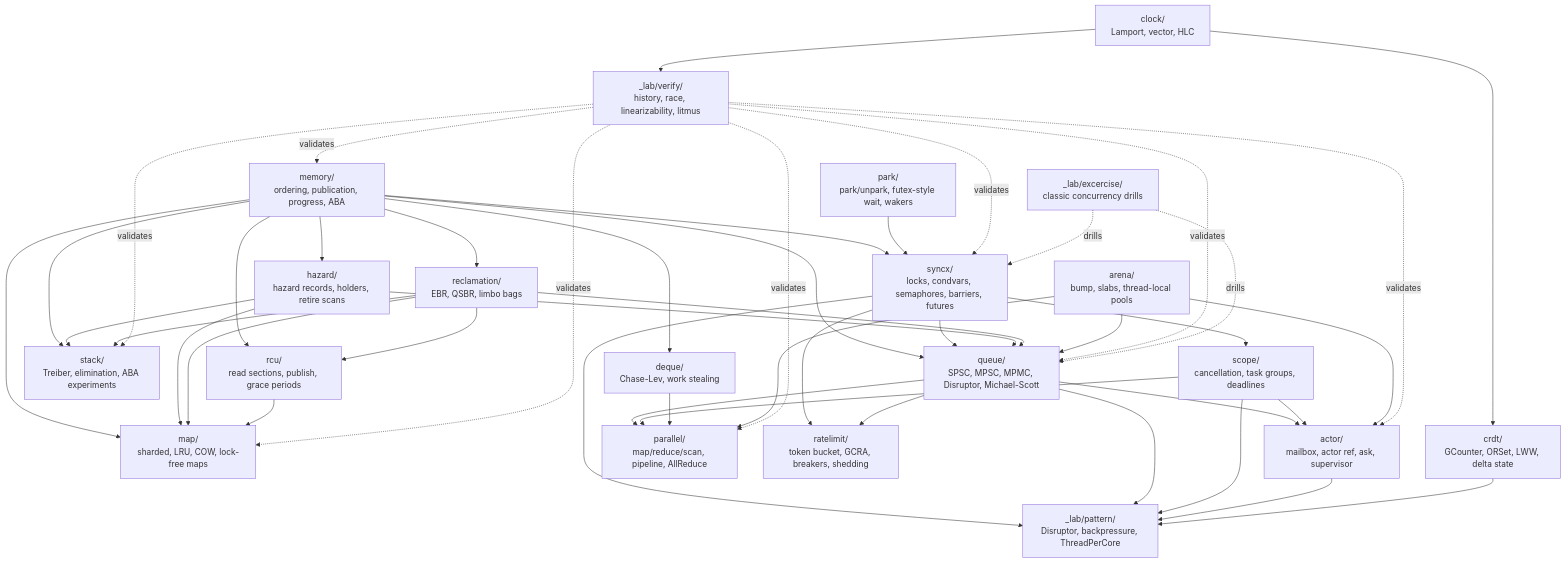
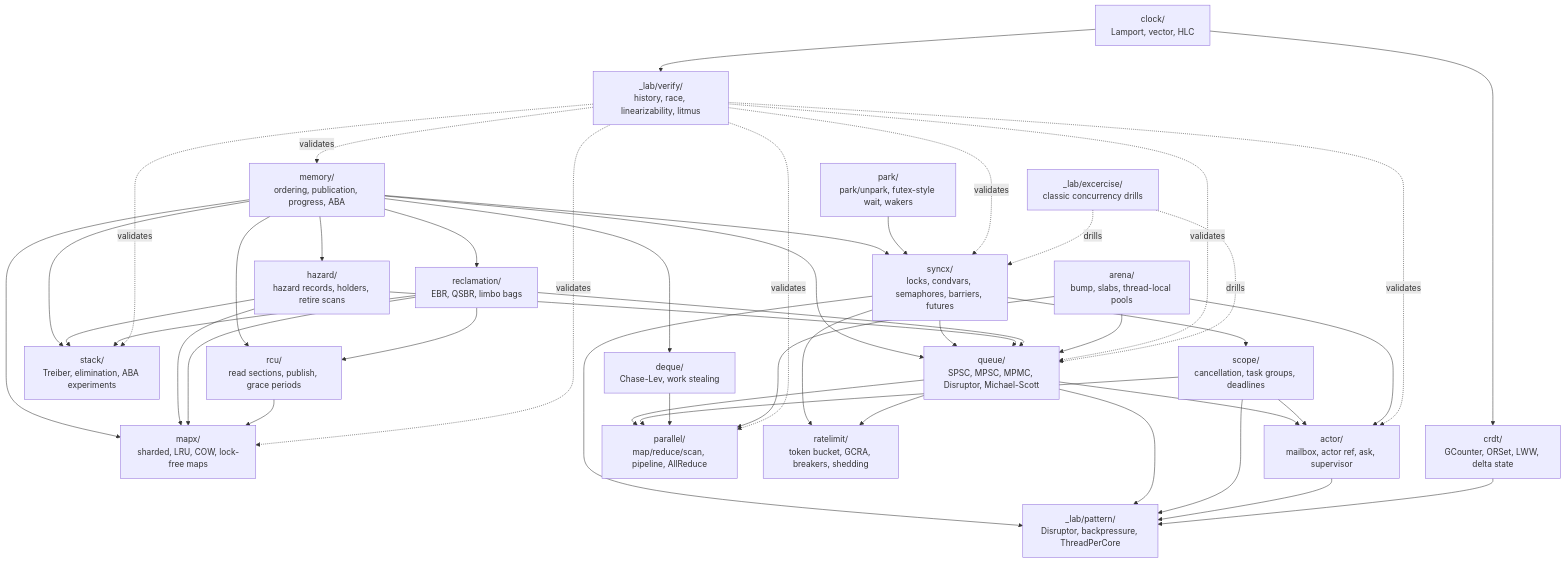
One commit to lochuhsin/gopher-forge changed the diagram in docs/purpose/ROADMAP.md. Above: the diagram before and after it, drawn with Mermaid. The commit also changed other lines of this file and 33 other files, not shown here.

````diff
--- a/docs/purpose/ROADMAP.md
+++ b/docs/purpose/ROADMAP.md
@@ -243,81 +243,81 @@
 ```mermaid
 flowchart TD
   memory["memory/\nordering, publication, progress, ABA"]
   syncx["syncx/\nlocks, condvars, semaphores, barriers, futures"]
   park["park/\npark/unpark, futex-style wait, wakers"]
 
   queue["queue/\nSPSC, MPSC, MPMC, Disruptor, Michael-Scott"]
   stack["stack/\nTreiber, elimination, ABA experiments"]
-  mapPkg["map/\nsharded, LRU, COW, lock-free maps"]
+  mapPkg["mapx/\nsharded, LRU, COW, lock-free maps"]
   deque["deque/\nChase-Lev, work stealing"]
 
   verify["_lab/verify/\nhistory, race, linearizability, litmus"]
   patterns["_lab/pattern/\nDisruptor, backpressure, ThreadPerCore"]
   scope["scope/\ncancellation, task groups, deadlines"]
   actor["actor/\nmailbox, actor ref, ask, supervisor"]
   parallel["parallel/\nmap/reduce/scan, pipeline, AllReduce"]
   ratelimit["ratelimit/\ntoken bucket, GCRA, breakers, shedding"]
 
   hazard["hazard/\nhazard records, holders, retire scans"]
   reclamation["reclamation/\nEBR, QSBR, limbo bags"]
   rcu["rcu/\nread sections, publish, grace periods"]
   arena["arena/\nbump, slabs, thread-local pools"]
 
   clock["clock/\nLamport, vector, HLC"]
   crdt["crdt/\nGCounter, ORSet, LWW, delta state"]
   exercise["_lab/excercise/\nclassic concurrency drills"]
 
   memory --> syncx
   memory --> queue
   memory --> stack
   memory --> mapPkg
   memory --> deque
   memory --> hazard
   memory --> reclamation
   memory --> rcu
 
   park --> syncx
   syncx --> queue
   syncx --> patterns
   syncx --> scope
   syncx --> ratelimit
 
   queue --> patterns
   queue --> actor
   queue --> parallel
   queue --> ratelimit
 
   scope --> actor
   scope --> parallel
   scope --> patterns
   actor --> patterns
   deque --> parallel
 
   hazard --> stack
   hazard --> queue
   hazard --> mapPkg
   reclamation --> stack
   reclamation --> queue
   reclamation --> mapPkg
   reclamation --> rcu
   rcu --> mapPkg
 
   arena --> queue
   arena --> actor
   arena --> parallel
 
   clock --> verify
   clock --> crdt
   crdt --> patterns
 
   verify -. validates .-> memory
   verify -. validates .-> syncx
   verify -. validates .-> queue
   verify -. validates .-> stack
   verify -. validates .-> mapPkg
   verify -. validates .-> actor
   verify -. validates .-> parallel
 
   exercise -. drills .-> syncx
   exercise -. drills .-> queue
 ```
````
